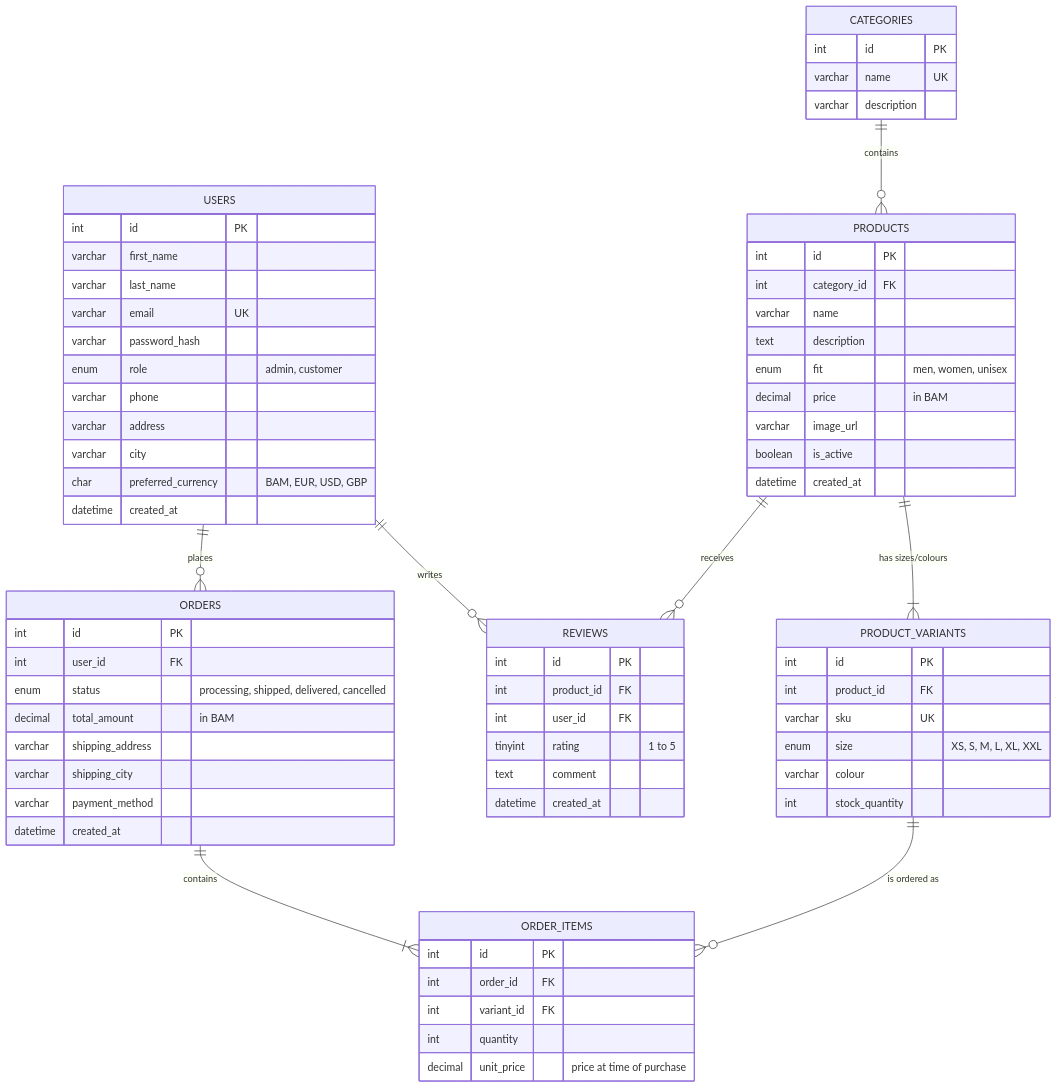
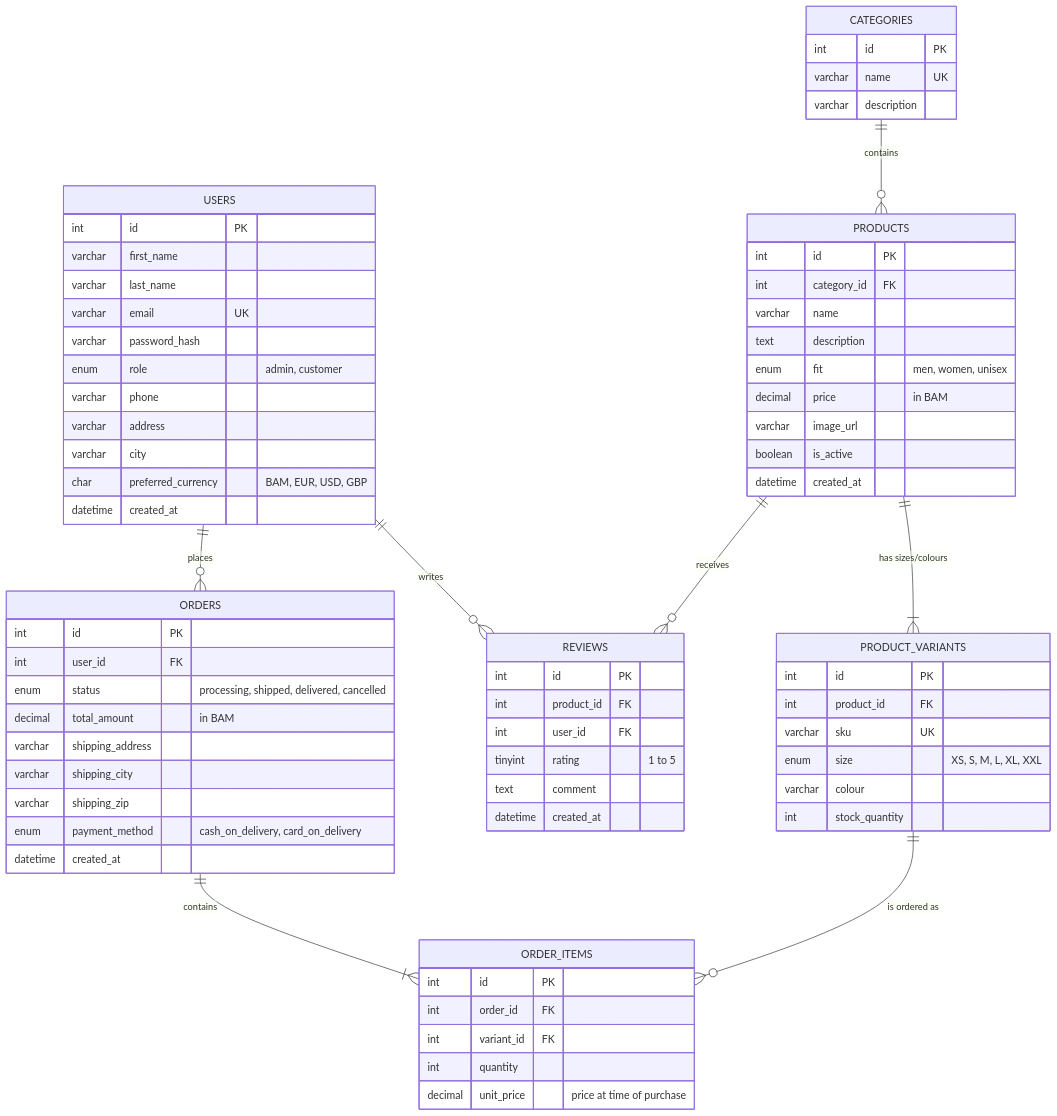
The diagram in docs/ERD.MD (Sorlija/tracksuit-couture), drawn with Mermaid before and after one commit. The commit also changed other lines of this file, not shown here.

Commit message:
updated erd - add shipping zip and payment method

````diff
--- a/docs/ERD.MD
+++ b/docs/ERD.MD
@@ -5,79 +7,80 @@
 ```mermaid
 erDiagram
     USERS ||--o{ ORDERS : places
     USERS ||--o{ REVIEWS : writes
     CATEGORIES ||--o{ PRODUCTS : contains
     PRODUCTS ||--|{ PRODUCT_VARIANTS : "has sizes/colours"
     PRODUCTS ||--o{ REVIEWS : receives
     ORDERS ||--|{ ORDER_ITEMS : contains
     PRODUCT_VARIANTS ||--o{ ORDER_ITEMS : "is ordered as"
 
     USERS {
         int id PK
         varchar first_name
         varchar last_name
         varchar email UK
         varchar password_hash
         enum role "admin, customer"
         varchar phone
         varchar address
         varchar city
         char preferred_currency "BAM, EUR, USD, GBP"
         datetime created_at
     }
 
     CATEGORIES {
         int id PK
         varchar name UK
         varchar description
     }
 
     PRODUCTS {
         int id PK
         int category_id FK
         varchar name
         text description
         enum fit "men, women, unisex"
         decimal price "in BAM"
         varchar image_url
         boolean is_active
         datetime created_at
     }
 
     PRODUCT_VARIANTS {
         int id PK
         int product_id FK
         varchar sku UK
         enum size "XS, S, M, L, XL, XXL"
         varchar colour
         int stock_quantity
     }
 
     ORDERS {
         int id PK
         int user_id FK
         enum status "processing, shipped, delivered, cancelled"
         decimal total_amount "in BAM"
         varchar shipping_address
         varchar shipping_city
-        varchar payment_method
+        varchar shipping_zip
+        enum payment_method "cash_on_delivery, card_on_delivery"
         datetime created_at
     }
 
     ORDER_ITEMS {
         int id PK
         int order_id FK
         int variant_id FK
         int quantity
         decimal unit_price "price at time of purchase"
     }
 
     REVIEWS {
         int id PK
         int product_id FK
         int user_id FK
         tinyint rating "1 to 5"
         text comment
         datetime created_at
     }
 ```
````
